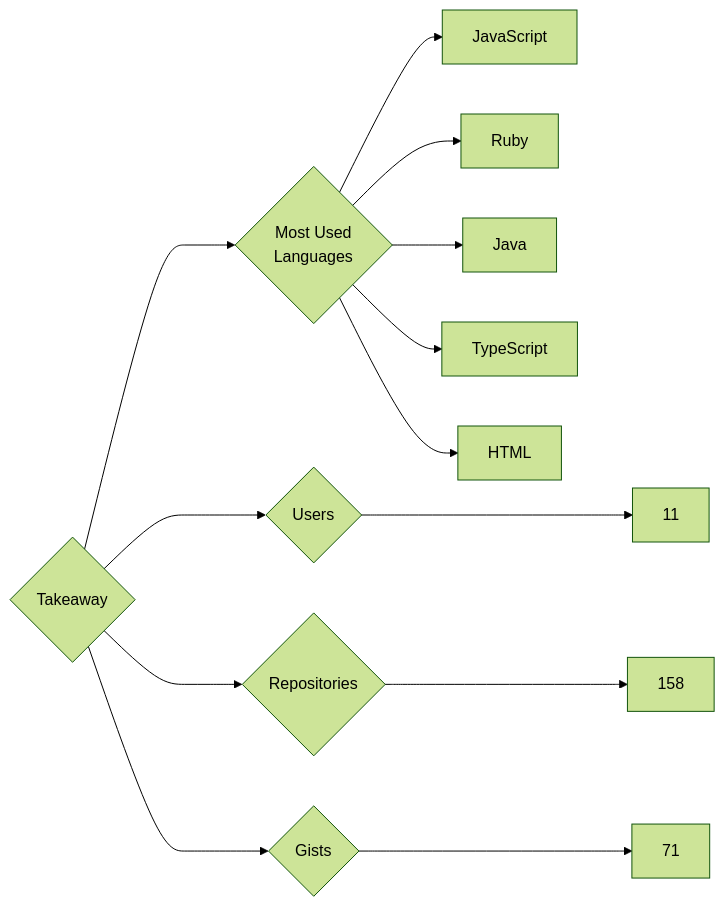
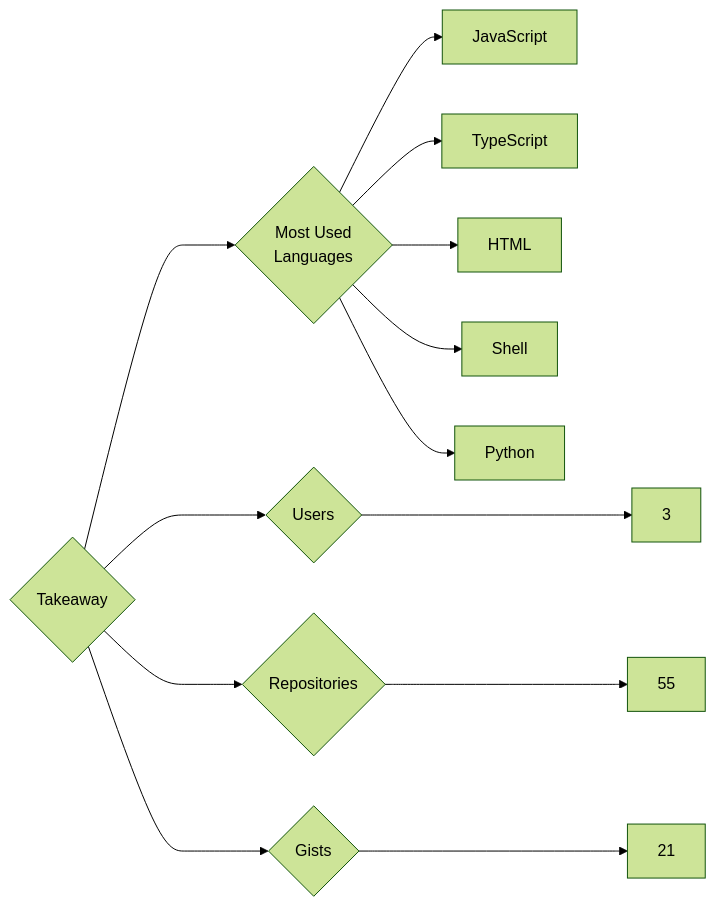
The diagram in targets/Takeaway/README.md (trickest/insiders), drawn with Mermaid (forest theme) before and after one commit. The commit also changed 903 other files, not shown here.

````diff
--- a/targets/Takeaway/README.md
+++ b/targets/Takeaway/README.md
@@ -3,13 +3,13 @@
 ```mermaid
 graph LR
 COMPANY_NAME{Takeaway}
-COMPANY_NAME ---> U{Users} ---> UN[11]
-COMPANY_NAME ---> R{Repositories} ---> RN[158]
-COMPANY_NAME ---> G{Gists} ---> GN[71]
+COMPANY_NAME ---> U{Users} ---> UN[3]
+COMPANY_NAME ---> R{Repositories} ---> RN[55]
+COMPANY_NAME ---> G{Gists} ---> GN[21]
 COMPANY_NAME ---> ML{Most Used<br>Languages}
 ML --> JavaScript[JavaScript]
-ML --> Ruby[Ruby]
-ML --> Java[Java]
 ML --> TypeScript[TypeScript]
 ML --> HTML[HTML]
+ML --> Shell[Shell]
+ML --> Python[Python]
 ```
````
